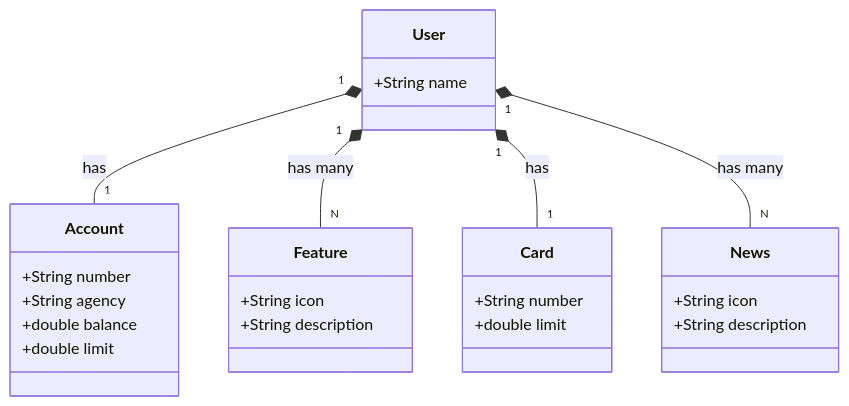
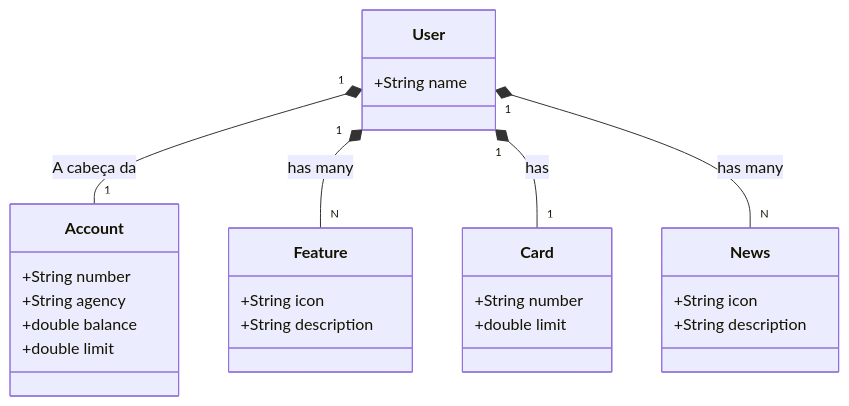
One commit to tfsLua/MiniBank changed the diagram in README.md. Above: the diagram before and after it, drawn with Mermaid.

````diff
--- a/README.md
+++ b/README.md
@@ -6,33 +6,33 @@
 ```mermaid
 classDiagram
     class User {
         +String name
     }
 
     class Account {
         +String number
         +String agency
         +double balance
         +double limit
     }
 
     class Feature {
         +String icon
         +String description
     }
 
     class Card {
         +String number
         +double limit
     }
 
     class News {
         +String icon
         +String description
     }
 
-    User "1" *-- "1" Account : has
+    User "1" *-- "1" Account : A cabeça da
     User "1" *-- "N" Feature : has many
     User "1" *-- "1" Card : has
     User "1" *-- "N" News : has many
   ```
````
